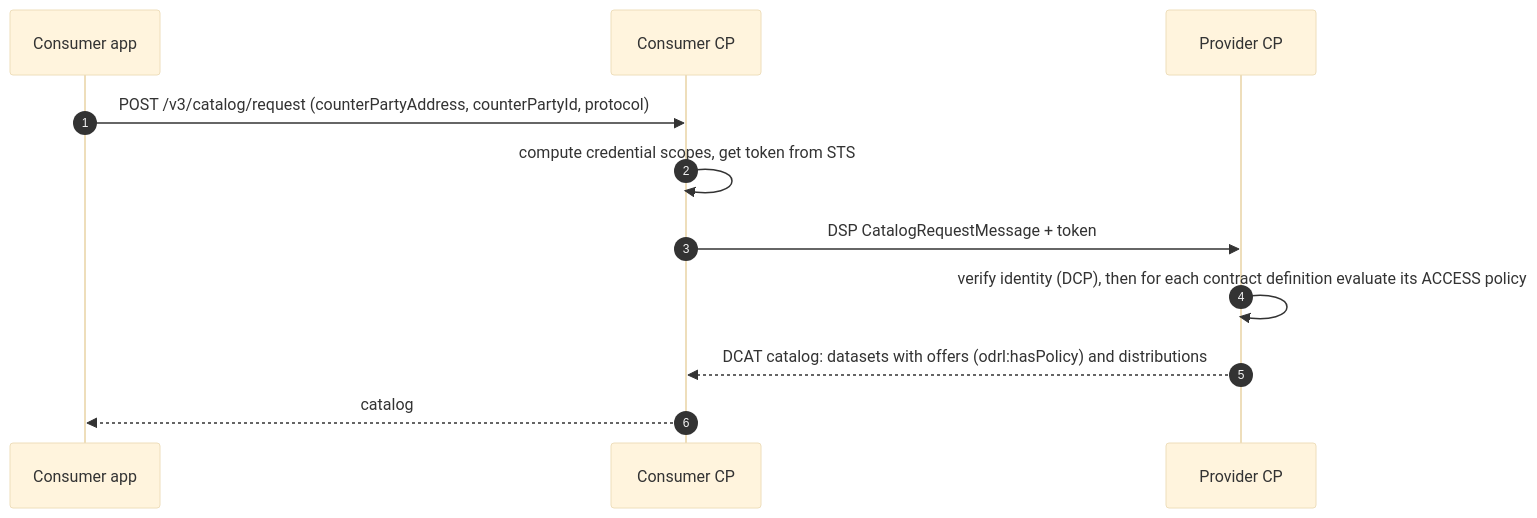
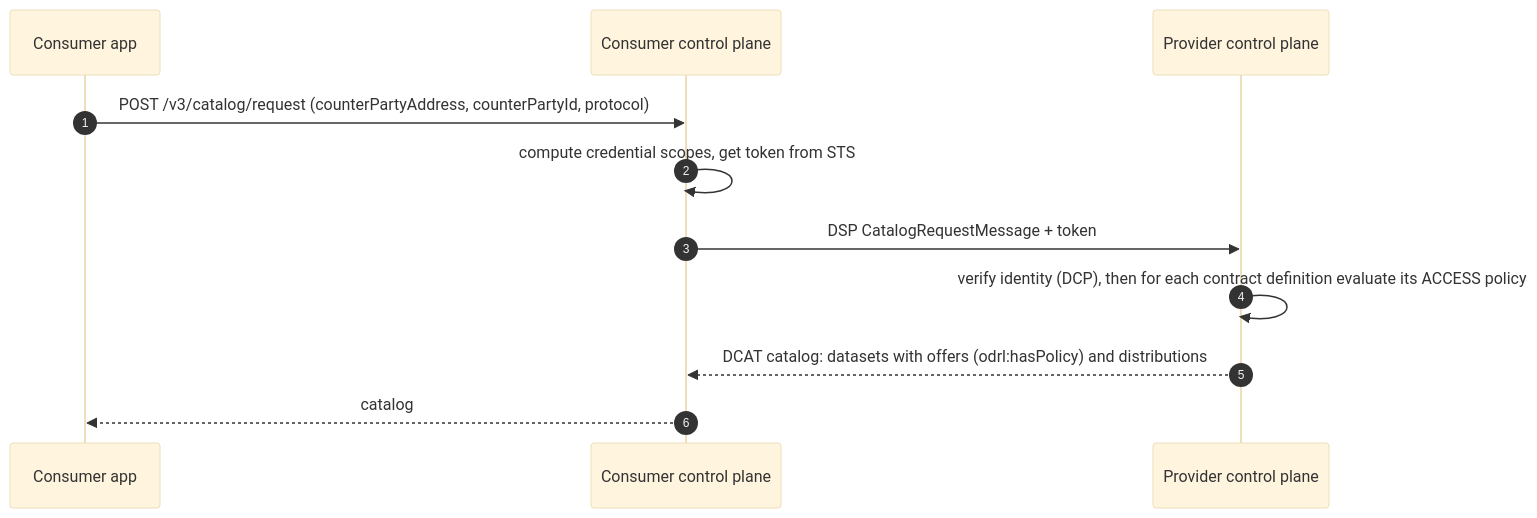
The second of 7 diagrams in docs/architecture/flows.md (eclipse-tractusx/tractusx-edc), drawn with Mermaid (base theme) before and after one commit. The commit also changed other lines of this file and 4 other files, not shown here.

First line of the commit message:
docs: square sidebar rows; spell out control plane and data plane

````diff
--- a/docs/architecture/flows.md
+++ b/docs/architecture/flows.md
@@ -14,13 +14,13 @@
 ```mermaid
 sequenceDiagram
   autonumber
   participant App as Consumer app
-  participant CCP as Consumer CP
-  participant PCP as Provider CP
+  participant CCP as Consumer control plane
+  participant PCP as Provider control plane
   App->>CCP: POST /v3/catalog/request (counterPartyAddress, counterPartyId, protocol)
   CCP->>CCP: compute credential scopes, get token from STS
   CCP->>PCP: DSP CatalogRequestMessage + token
   PCP->>PCP: verify identity (DCP), then for each contract definition evaluate its ACCESS policy
   PCP-->>CCP: DCAT catalog: datasets with offers (odrl:hasPolicy) and distributions
   CCP-->>App: catalog
 ```
````
